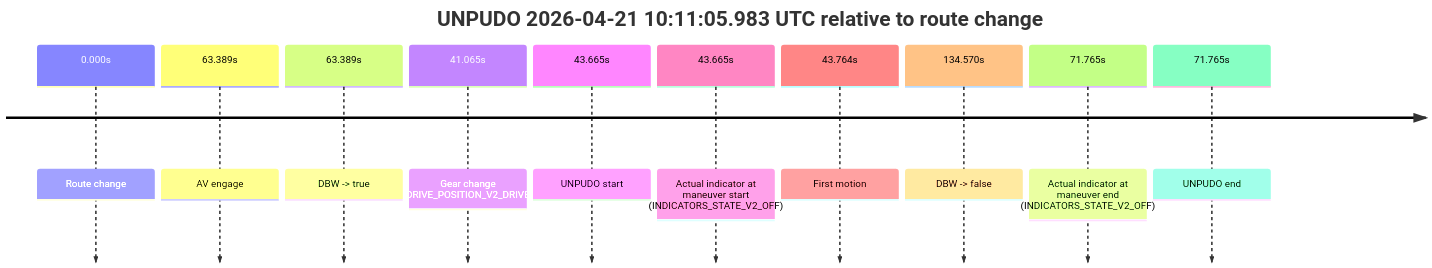
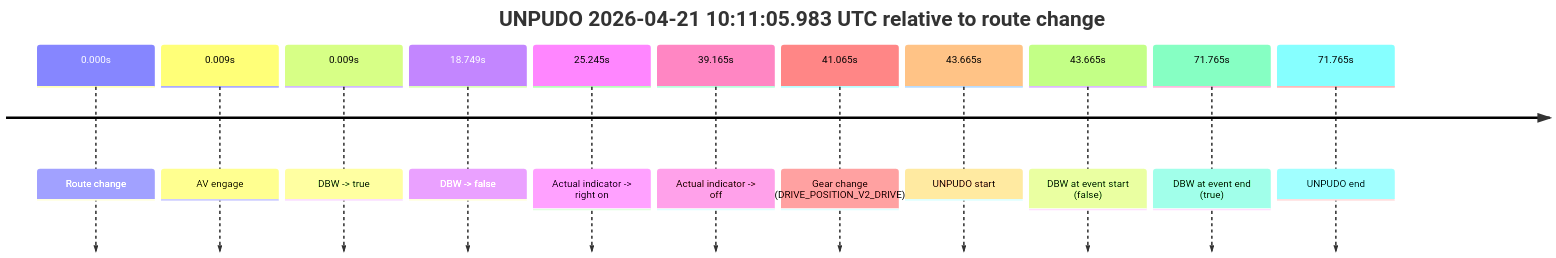
Before and after one commit to yoelshapiro/vault: the second of 3 diagrams in model_analysis/report_cards/2026/04/Week-4/fme20002--2026-04-21--09-49-51--gen2-av-0e2899fe-e0ac-4a0a-a362-8997f19d6cce.md, drawn with Mermaid. The commit also changed other lines of this file and 85 other files, not shown here.

````diff
--- a/model_analysis/report_cards/2026/04/Week-4/fme20002--2026-04-21--09-49-51--gen2-av-0e2899fe-e0ac-4a0a-a362-8997f19d6cce.md
+++ b/model_analysis/report_cards/2026/04/Week-4/fme20002--2026-04-21--09-49-51--gen2-av-0e2899fe-e0ac-4a0a-a362-8997f19d6cce.md
@@ -121,14 +135,15 @@
 ```mermaid
 timeline
     title UNPUDO 2026-04-21 10:11:05.983 UTC relative to route change
     0.000s : Route change
-    63.389s : AV engage
-    63.389s : DBW -> true
+    0.009s : AV engage
+    0.009s : DBW -> true
+    18.749s : DBW -> false
+    25.245s : Actual indicator -> right on
+    39.165s : Actual indicator -> off
     41.065s : Gear change (DRIVE_POSITION_V2_DRIVE)
     43.665s : UNPUDO start
-    43.665s : Actual indicator at maneuver start (INDICATORS_STATE_V2_OFF)
-    43.764s : First motion
-    134.570s : DBW -> false
-    71.765s : Actual indicator at maneuver end (INDICATORS_STATE_V2_OFF)
+    43.665s : DBW at event start (false)
+    71.765s : DBW at event end (true)
     71.765s : UNPUDO end
 ```
````
